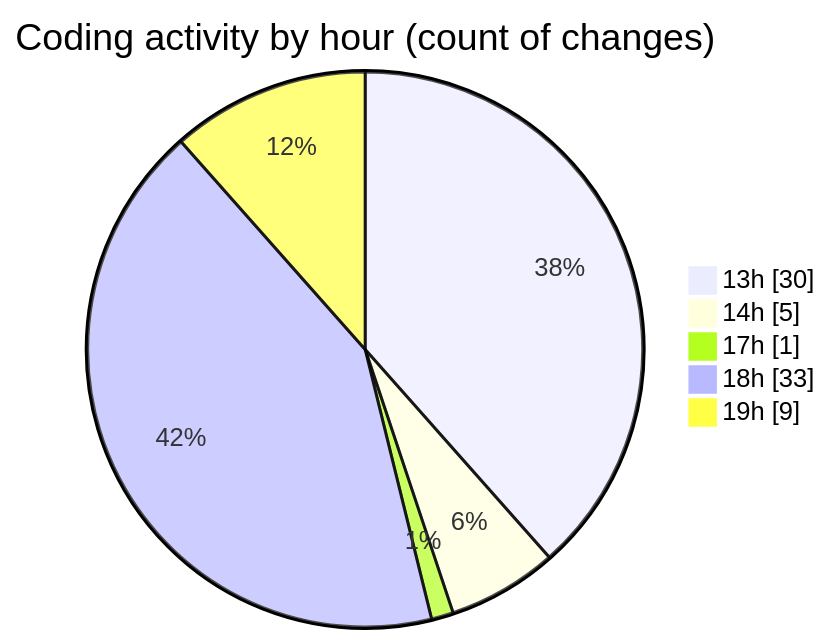
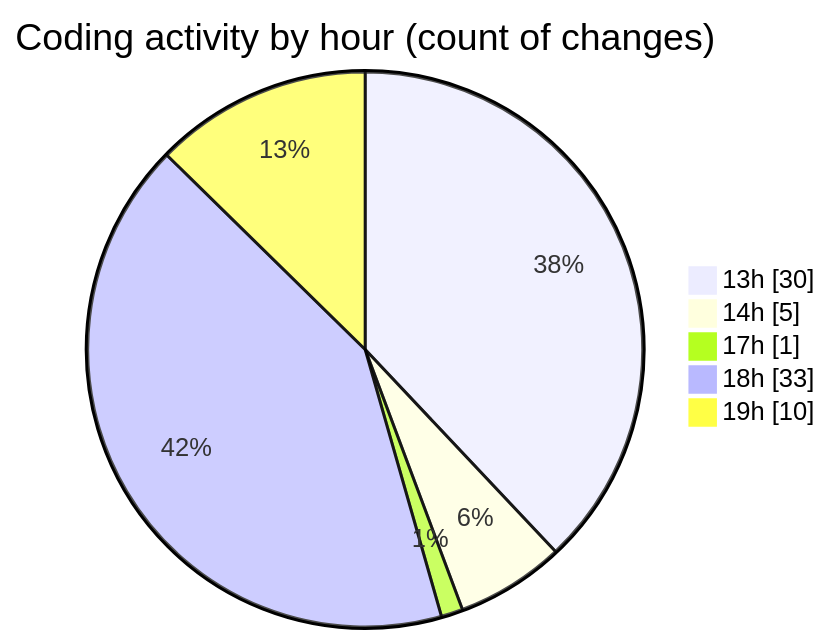
The second of 2 diagrams in 2025-01-14/mbc-web/README.md (robertbonfada/code-tracking), drawn with Mermaid before and after one commit. The commit also changed other lines of this file and 1 other file, not shown here.

````diff
--- a/2025-01-14/mbc-web/README.md
+++ b/2025-01-14/mbc-web/README.md
@@ -55,9 +55,9 @@
 ```mermaid
 pie showData
 title Coding activity by hour (count of changes)
 "13h" : 30
 "14h" : 5
 "17h" : 1
 "18h" : 33
-"19h" : 9
+"19h" : 10
 ```
````
